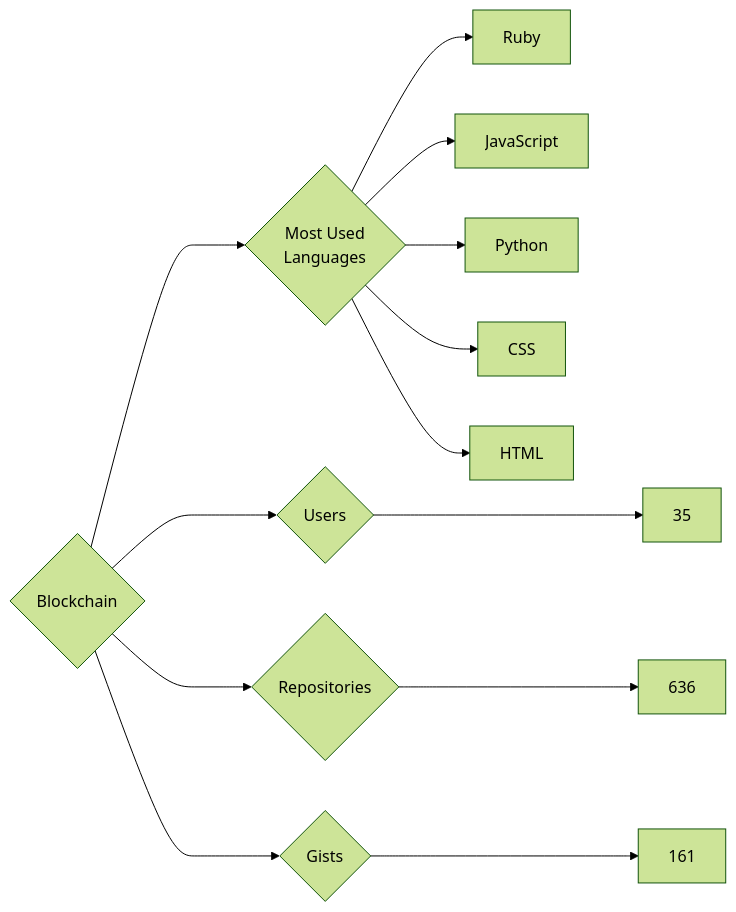
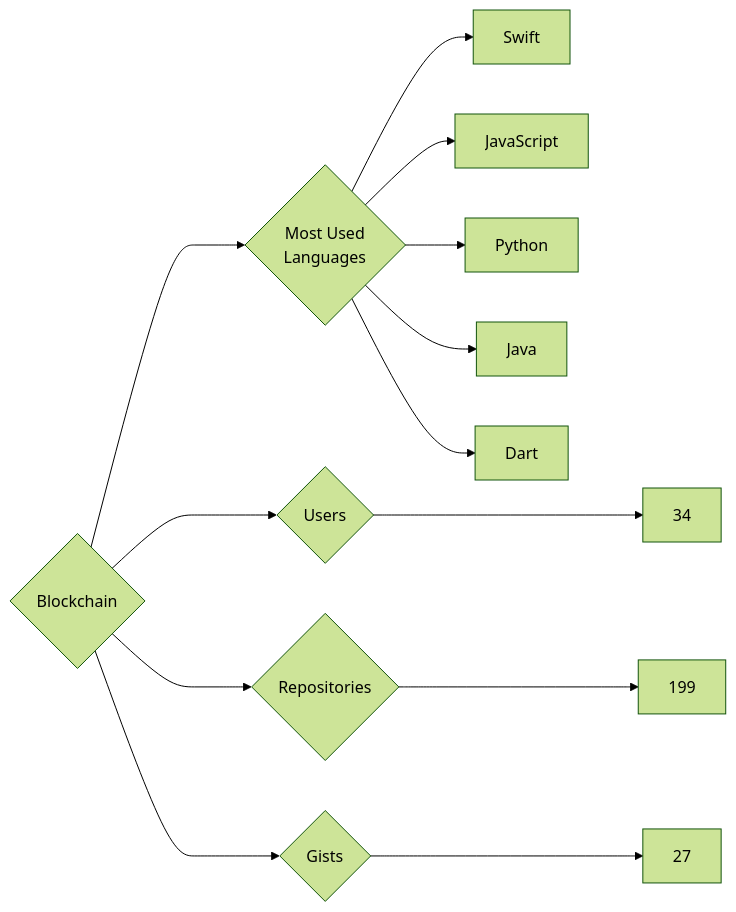
One commit to trickest/insiders changed the diagram in targets/Blockchain/README.md. Above: the diagram before and after it, drawn with Mermaid (forest theme). The commit also changed 736 other files, not shown here.

````diff
--- a/targets/Blockchain/README.md
+++ b/targets/Blockchain/README.md
@@ -3,13 +3,13 @@
 ```mermaid
 graph LR
 COMPANY_NAME{Blockchain}
-COMPANY_NAME ---> U{Users} ---> UN[35]
-COMPANY_NAME ---> R{Repositories} ---> RN[636]
-COMPANY_NAME ---> G{Gists} ---> GN[161]
+COMPANY_NAME ---> U{Users} ---> UN[34]
+COMPANY_NAME ---> R{Repositories} ---> RN[199]
+COMPANY_NAME ---> G{Gists} ---> GN[27]
 COMPANY_NAME ---> ML{Most Used<br>Languages}
-ML --> Ruby[Ruby]
+ML --> Swift[Swift]
 ML --> JavaScript[JavaScript]
 ML --> Python[Python]
-ML --> CSS[CSS]
-ML --> HTML[HTML]
+ML --> Java[Java]
+ML --> Dart[Dart]
 ```
````
